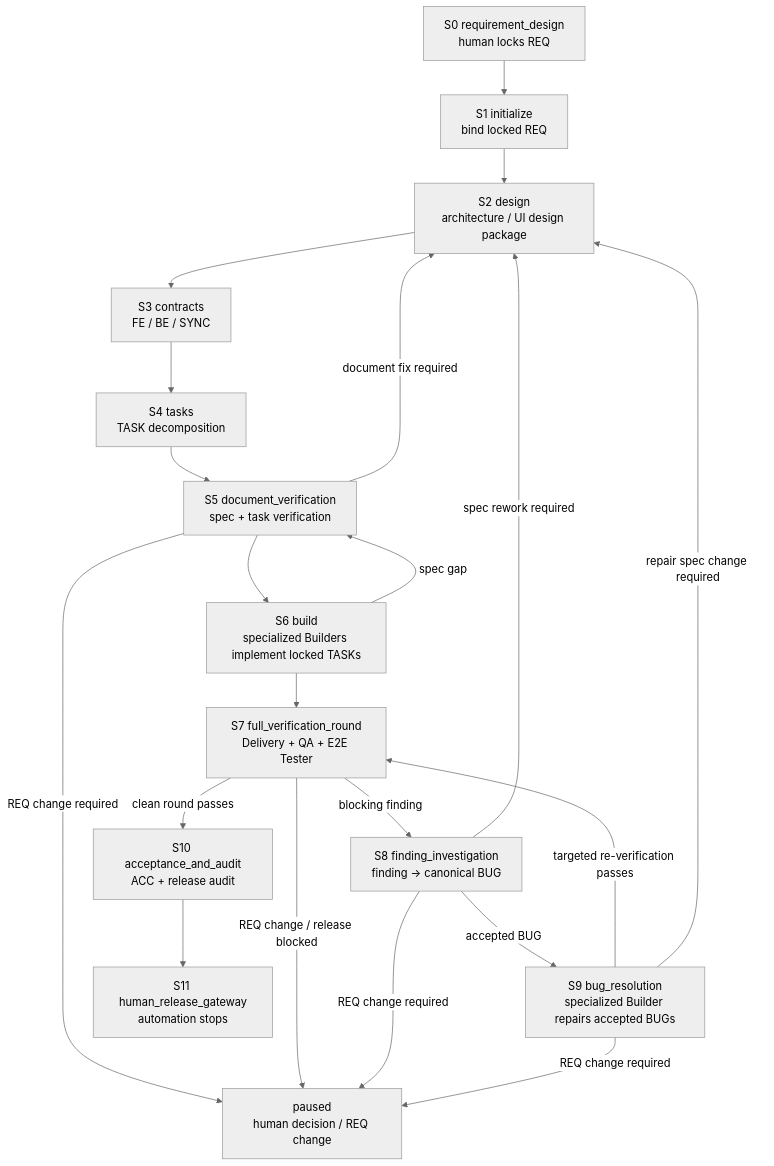
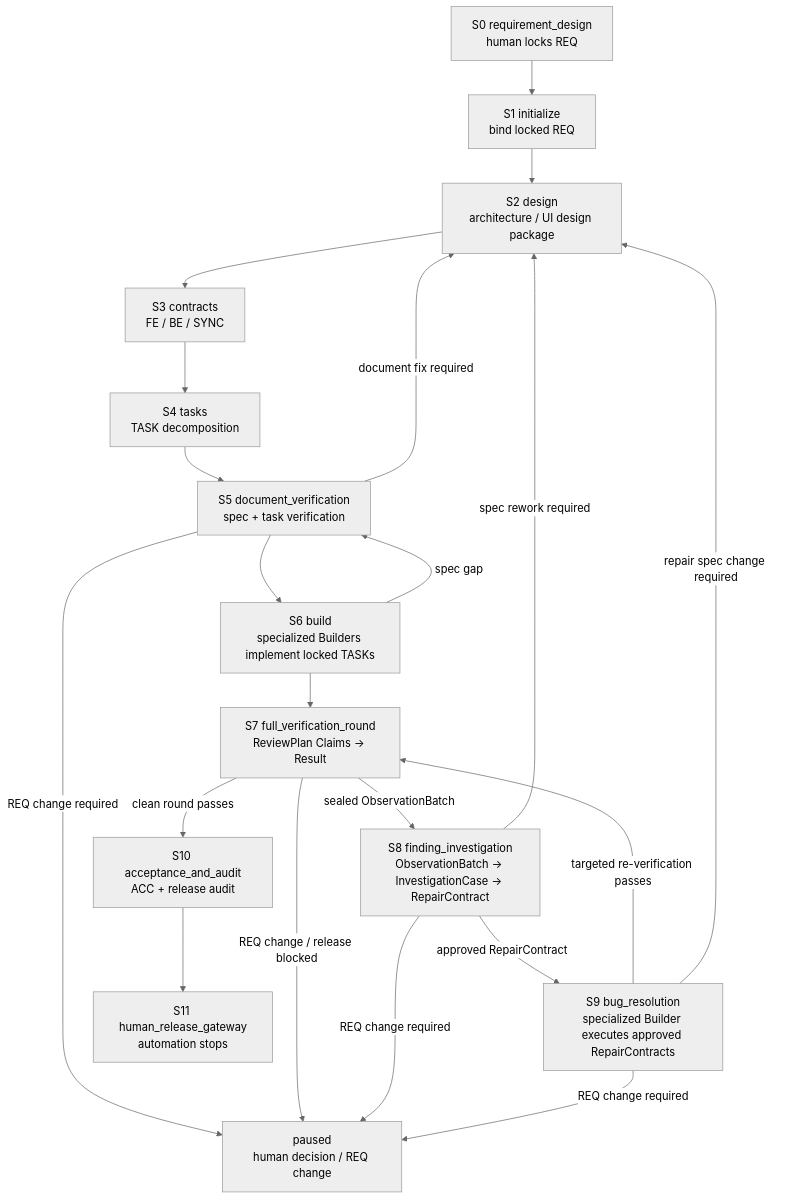
The first of 2 diagrams in docs/agent-protocol.md (entroforge/go-system-builder), drawn with Mermaid (neutral theme) before and after one commit. The commit also changed other lines of this file and 487 other files, not shown here.

````diff
--- a/docs/agent-protocol.md
+++ b/docs/agent-protocol.md
@@ -104,30 +116,30 @@
 ```mermaid
 flowchart TD
     S0["S0 requirement_design<br/>human locks REQ"]
     S1["S1 initialize<br/>bind locked REQ"]
     S2["S2 design<br/>architecture / UI design package"]
     S3["S3 contracts<br/>FE / BE / SYNC"]
     S4["S4 tasks<br/>TASK decomposition"]
     S5["S5 document_verification<br/>spec + task verification"]
     S6["S6 build<br/>specialized Builders implement locked TASKs"]
-    S7["S7 full_verification_round<br/>Delivery + QA + E2E Tester"]
-    S8["S8 finding_investigation<br/>finding -> canonical BUG"]
-    S9["S9 bug_resolution<br/>specialized Builder repairs accepted BUGs"]
+    S7["S7 full_verification_round<br/>ReviewPlan Claims -> Result"]
+    S8["S8 finding_investigation<br/>ObservationBatch -> InvestigationCase -> RepairContract"]
+    S9["S9 bug_resolution<br/>specialized Builder executes approved RepairContracts"]
     S10["S10 acceptance_and_audit<br/>ACC + release audit"]
     S11["S11 human_release_gateway<br/>automation stops"]
     PAUSE["paused<br/>human decision / REQ change"]
 
     S0 --> S1 --> S2 --> S3 --> S4 --> S5 --> S6 --> S7
     S7 -->|"clean round passes"| S10 --> S11
-    S7 -->|"blocking finding"| S8 -->|"accepted BUG"| S9 -->|"targeted re-verification passes"| S7
+    S7 -->|"sealed ObservationBatch"| S8 -->|"approved RepairContract"| S9 -->|"targeted re-verification passes"| S7
 
     S5 -->|"document fix required"| S2
     S6 -->|"spec gap"| S5
     S8 -->|"spec rework required"| S2
     S9 -->|"repair spec change required"| S2
 
     S5 -->|"REQ change required"| PAUSE
     S7 -->|"REQ change / release blocked"| PAUSE
     S8 -->|"REQ change required"| PAUSE
     S9 -->|"REQ change required"| PAUSE
 ```
````
